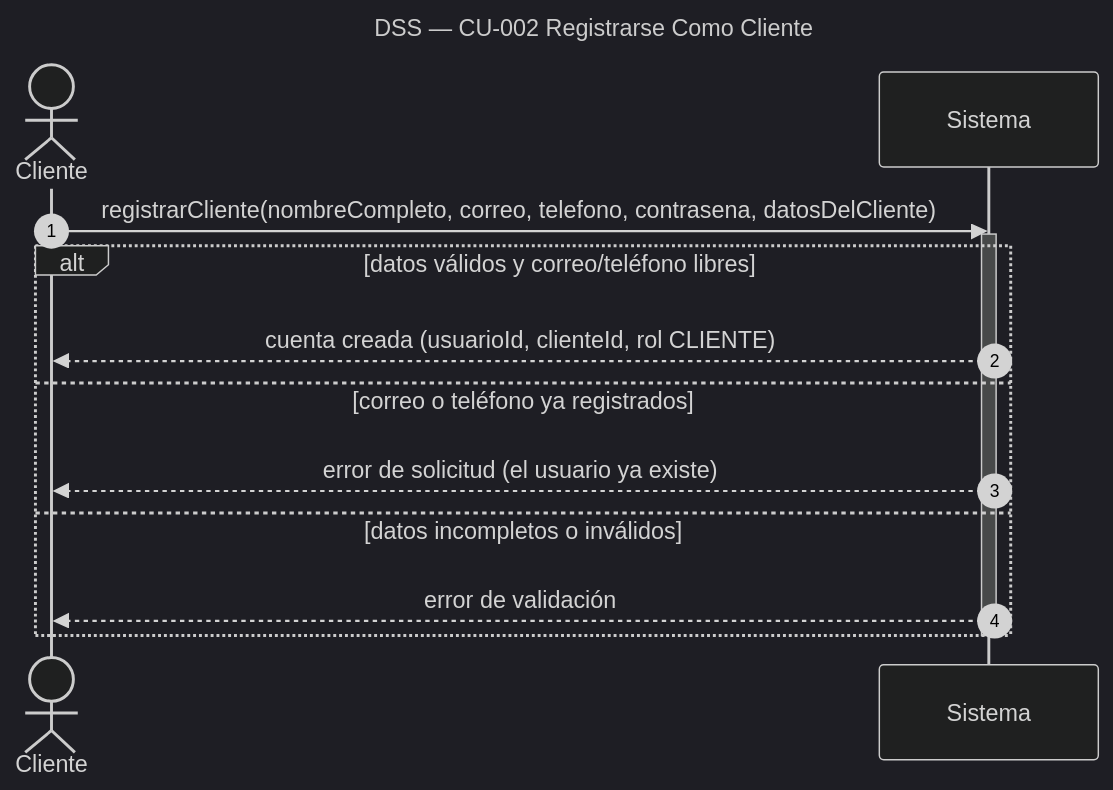
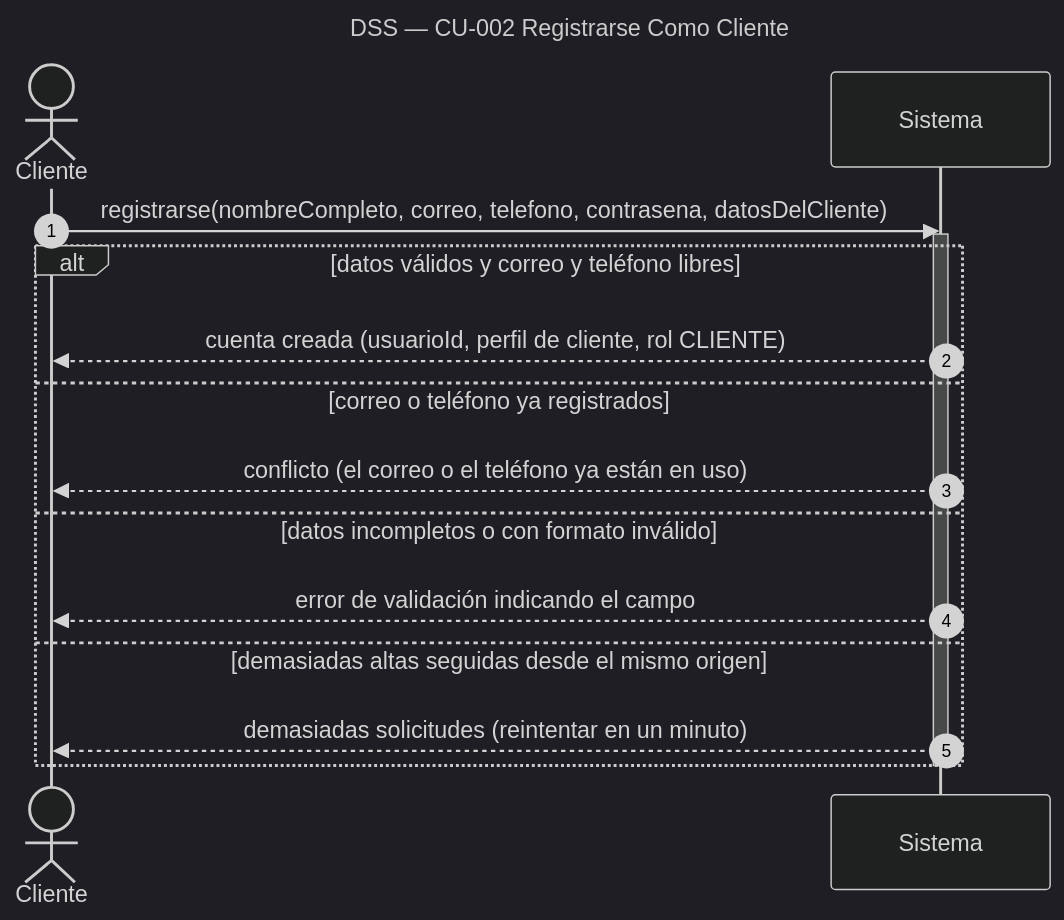
The diagram in diagramas/DSS_CU-002_Registrarse-Como-Cliente.mmd (Nahuelito-Dev/splg-docs), drawn with Mermaid (dark theme) before and after one commit. The commit also changed 47 other files, not shown here.

```diff
--- a/diagramas/DSS_CU-002_Registrarse-Como-Cliente.mmd
+++ b/diagramas/DSS_CU-002_Registrarse-Como-Cliente.mmd
@@ -1,16 +1,18 @@
 sequenceDiagram
     title DSS — CU-002 Registrarse Como Cliente
     autonumber
     actor CLI as Cliente
     participant SIS as Sistema
 
-    CLI->>SIS: registrarCliente(nombreCompleto, correo, telefono, contrasena, datosDelCliente)
+    CLI->>SIS: registrarse(nombreCompleto, correo, telefono, contrasena, datosDelCliente)
     activate SIS
-    alt datos válidos y correo/teléfono libres
-        SIS-->>CLI: cuenta creada (usuarioId, clienteId, rol CLIENTE)
+    alt datos válidos y correo y teléfono libres
+        SIS-->>CLI: cuenta creada (usuarioId, perfil de cliente, rol CLIENTE)
     else correo o teléfono ya registrados
-        SIS-->>CLI: error de solicitud (el usuario ya existe)
-    else datos incompletos o inválidos
-        SIS-->>CLI: error de validación
+        SIS-->>CLI: conflicto (el correo o el teléfono ya están en uso)
+    else datos incompletos o con formato inválido
+        SIS-->>CLI: error de validación indicando el campo
+    else demasiadas altas seguidas desde el mismo origen
+        SIS-->>CLI: demasiadas solicitudes (reintentar en un minuto)
     end
     deactivate SIS
```
